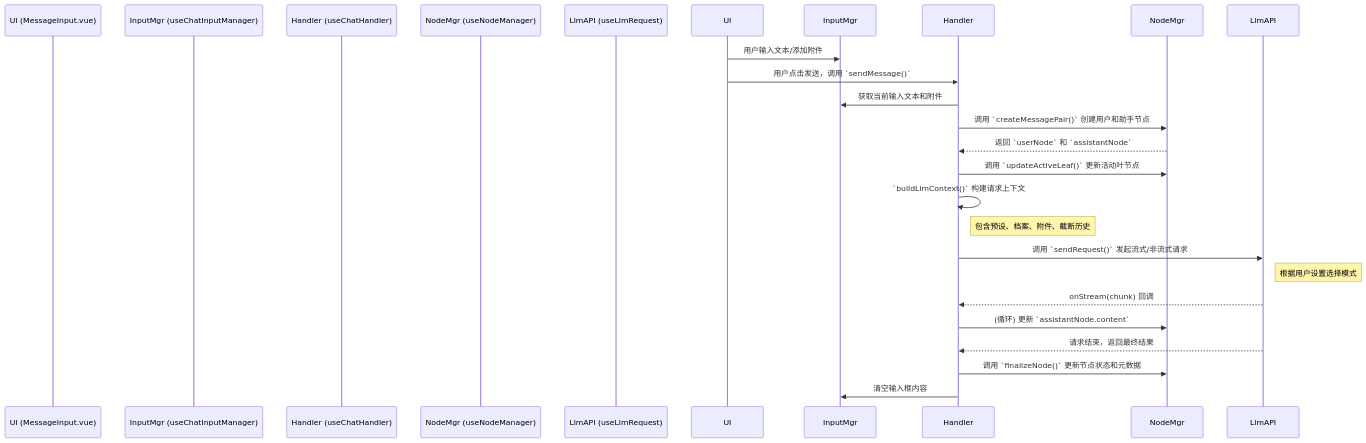
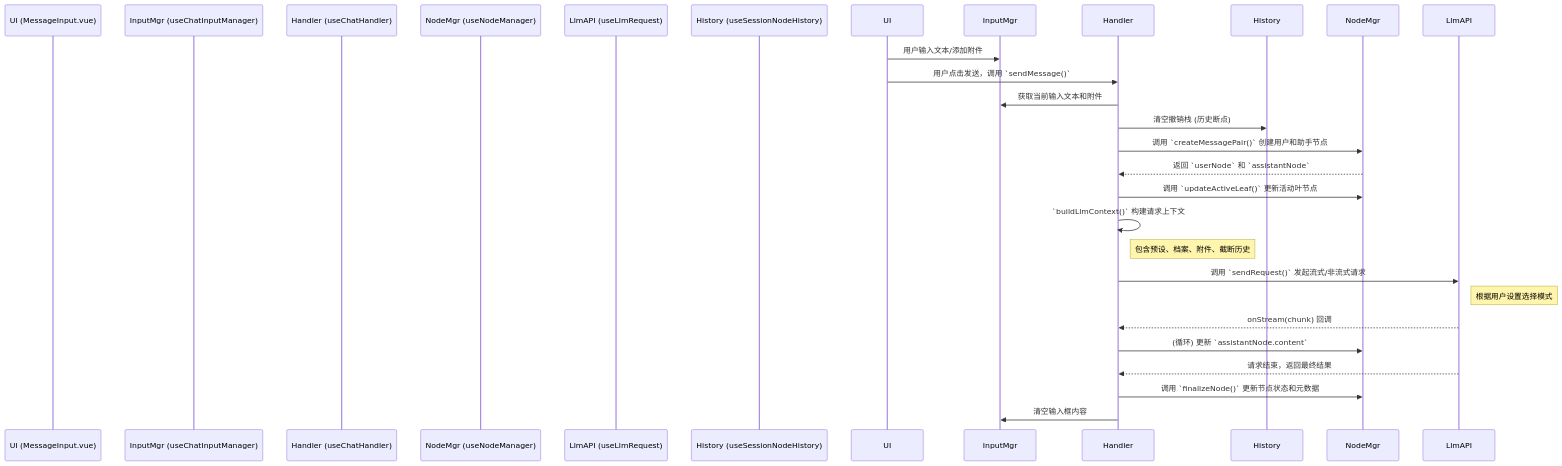
Before and after one commit to miaotouy/aio-hub: the second of 2 diagrams in src/tools/llm-chat/ARCHITECTURE.md, drawn with Mermaid. The commit also changed other lines of this file, not shown here.

````diff
--- a/src/tools/llm-chat/ARCHITECTURE.md
+++ b/src/tools/llm-chat/ARCHITECTURE.md
@@ -241,27 +184,29 @@
 ```mermaid
 sequenceDiagram
     participant UI (MessageInput.vue)
     participant InputMgr (useChatInputManager)
     participant Handler (useChatHandler)
     participant NodeMgr (useNodeManager)
     participant LlmAPI (useLlmRequest)
+    participant History (useSessionNodeHistory)
 
     UI->>InputMgr: 用户输入文本/添加附件
     UI->>Handler: 用户点击发送，调用 `sendMessage()`
     Handler->>InputMgr: 获取当前输入文本和附件
+    Handler->>History: 清空撤销栈 (历史断点)
     Handler->>NodeMgr: 调用 `createMessagePair()` 创建用户和助手节点
     NodeMgr-->>Handler: 返回 `userNode` 和 `assistantNode`
     Handler->>NodeMgr: 调用 `updateActiveLeaf()` 更新活动叶节点
 
     Handler->>Handler: `buildLlmContext()` 构建请求上下文
     Note right of Handler: 包含预设、档案、附件、截断历史
 
     Handler->>LlmAPI: 调用 `sendRequest()` 发起流式/非流式请求
     Note right of LlmAPI: 根据用户设置选择模式
     LlmAPI-->>Handler: onStream(chunk) 回调
     Handler->>NodeMgr: (循环) 更新 `assistantNode.content`
 
     LlmAPI-->>Handler: 请求结束，返回最终结果
     Handler->>NodeMgr: 调用 `finalizeNode()` 更新节点状态和元数据
     Handler->>InputMgr: 清空输入框内容
 ```
````
